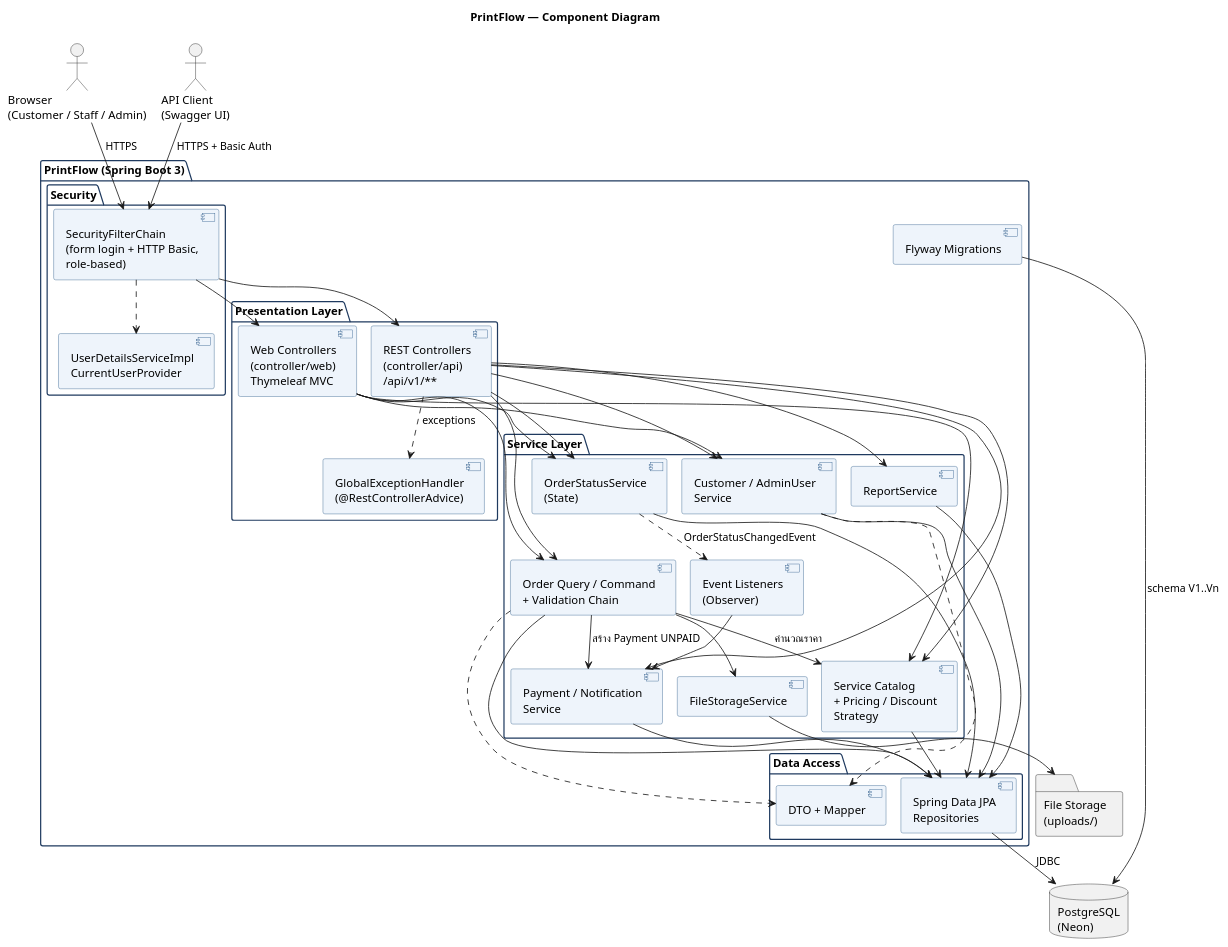
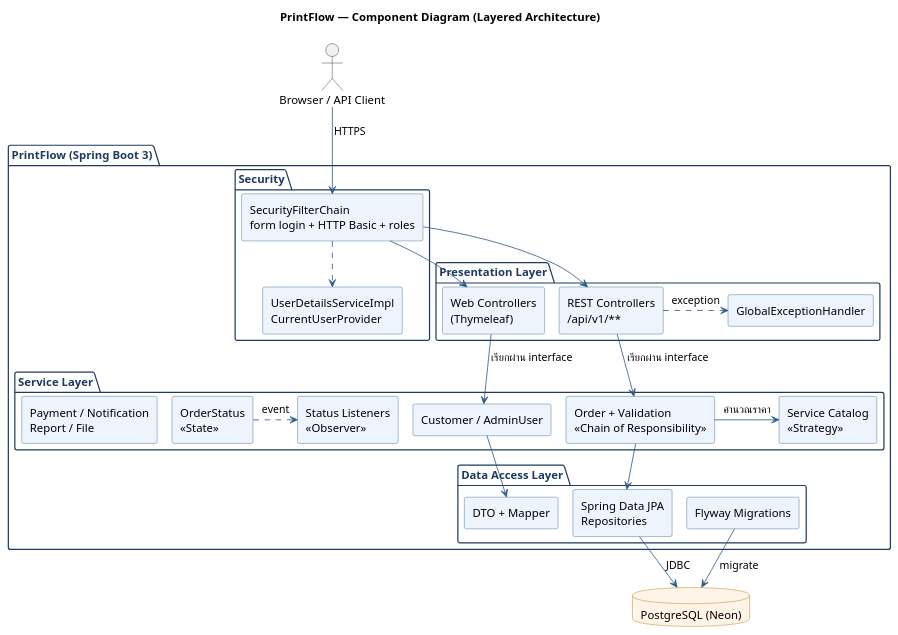
Before and after one commit to bbthecat/Print_shop_final: the diagram in doc/diagrams/component.puml, drawn with PlantUML. The commit also changed 1 other file, not shown here.

Commit message:
docs: redesign component diagram as stacked layers

```diff
--- a/doc/diagrams/component.puml
+++ b/doc/diagrams/component.puml
@@ -1,91 +1,70 @@
 @startuml component
 !pragma layout smetana
 skinparam defaultFontName Tahoma
 skinparam shadowing false
-skinparam componentStyle uml2
+skinparam componentStyle rectangle
+skinparam ArrowColor #2E5C8A
 skinparam component {
   BackgroundColor #EEF4FB
   BorderColor #2E5C8A
 }
 skinparam package {
   BorderColor #1F3A5F
+  FontColor #1F3A5F
 }
+skinparam database {
+  BackgroundColor #FFF4E5
+  BorderColor #B26A00
+}
+top to bottom direction
 
-title PrintFlow — Component Diagram
+title PrintFlow — Component Diagram (Layered Architecture)
 
-actor "Browser\n(Customer / Staff / Admin)" as Browser
-actor "API Client\n(Swagger UI)" as ApiClient
+actor "Browser / API Client" as Client
 
 package "PrintFlow (Spring Boot 3)" {
 
-  package "Presentation Layer" {
-    [Web Controllers\n(controller/web)\nThymeleaf MVC] as WebCtl
-    [REST Controllers\n(controller/api)\n/api/v1/**] as ApiCtl
-    [GlobalExceptionHandler\n(@RestControllerAdvice)] as ExHandler
-  }
-
-  package "Security" {
-    [SecurityFilterChain\n(form login + HTTP Basic,\nrole-based)] as Sec
+  package "Security" as SecLayer {
+    [SecurityFilterChain\nform login + HTTP Basic + roles] as Sec
     [UserDetailsServiceImpl\nCurrentUserProvider] as SecUser
   }
 
-  package "Service Layer" {
-    [Customer / AdminUser\nService] as UserSvc
-    [Service Catalog\n+ Pricing / Discount\nStrategy] as CatalogSvc
-    [Order Query / Command\n+ Validation Chain] as OrderSvc
-    [OrderStatusService\n(State)] as StatusSvc
-    [Event Listeners\n(Observer)] as Listeners
-    [Payment / Notification\nService] as PayNotiSvc
-    [FileStorageService] as FileSvc
-    [ReportService] as ReportSvc
+  package "Presentation Layer" as PresLayer {
+    [Web Controllers\n(Thymeleaf)] as WebCtl
+    [REST Controllers\n/api/v1/**] as ApiCtl
+    [GlobalExceptionHandler] as ExHandler
   }
 
-  package "Data Access" {
-    [Spring Data JPA\nRepositories] as Repo
-    [DTO + Mapper] as Mapper
+  package "Service Layer" as SvcLayer {
+    [Customer / AdminUser] as UserSvc
+    [Service Catalog\n<<Strategy>>] as CatalogSvc
+    [Order + Validation\n<<Chain of Responsibility>>] as OrderSvc
+    [OrderStatus\n<<State>>] as StatusSvc
+    [Status Listeners\n<<Observer>>] as Listeners
+    [Payment / Notification\nReport / File] as OtherSvc
   }
 
-  [Flyway Migrations] as Flyway
+  package "Data Access Layer" as DataLayer {
+    [DTO + Mapper] as Mapper
+    [Spring Data JPA\nRepositories] as Repo
+    [Flyway Migrations] as Flyway
+  }
 }
 
-database "PostgreSQL\n(Neon)" as DB
-folder "File Storage\n(uploads/)" as Disk
+database "PostgreSQL (Neon)" as DB
 
-Browser --> Sec : HTTPS
-ApiClient --> Sec : HTTPS + Basic Auth
-Sec --> WebCtl
-Sec --> ApiCtl
+Client --> Sec : HTTPS
 Sec ..> SecUser
-ApiCtl ..> ExHandler : exceptions
-
-WebCtl --> UserSvc
-WebCtl --> CatalogSvc
-WebCtl --> OrderSvc
-WebCtl --> StatusSvc
-ApiCtl --> UserSvc
-ApiCtl --> CatalogSvc
-ApiCtl --> OrderSvc
-ApiCtl --> StatusSvc
-ApiCtl --> PayNotiSvc
-ApiCtl --> ReportSvc
-
-OrderSvc --> CatalogSvc : คำนวณราคา
-OrderSvc --> PayNotiSvc : สร้าง Payment UNPAID
-OrderSvc --> FileSvc
-StatusSvc ..> Listeners : OrderStatusChangedEvent
-Listeners --> PayNotiSvc
-
-UserSvc --> Repo
-CatalogSvc --> Repo
-OrderSvc --> Repo
-StatusSvc --> Repo
-PayNotiSvc --> Repo
-ReportSvc --> Repo
-UserSvc ..> Mapper
-OrderSvc ..> Mapper
-
+Sec -down-> WebCtl
+Sec -down-> ApiCtl
+ApiCtl .right.> ExHandler : exception
+WebCtl -down-> UserSvc : เรียกผ่าน interface
+ApiCtl -down-> OrderSvc : เรียกผ่าน interface
+OrderSvc -right-> CatalogSvc : คำนวณราคา
+StatusSvc .right.> Listeners : event
+UserSvc -down-> Mapper
+OrderSvc -down-> Repo
 Repo --> DB : JDBC
-Flyway --> DB : schema V1..Vn
-FileSvc --> Disk
+Flyway --> DB : migrate
 
 @enduml
```
